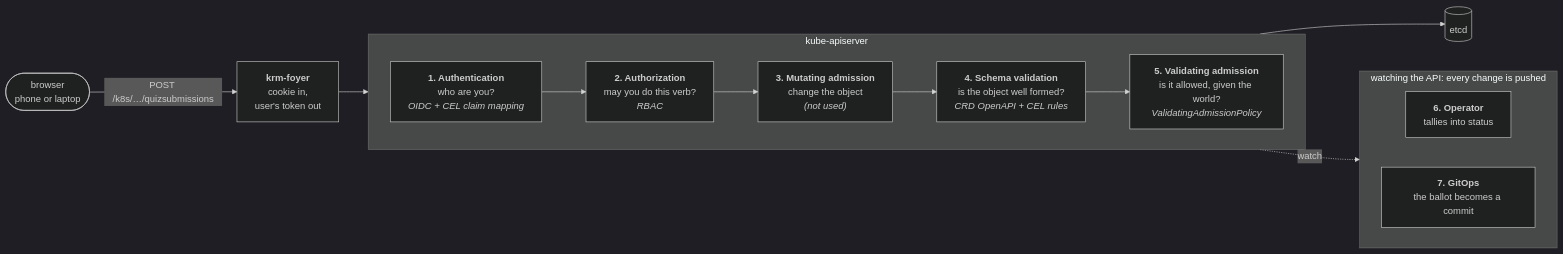
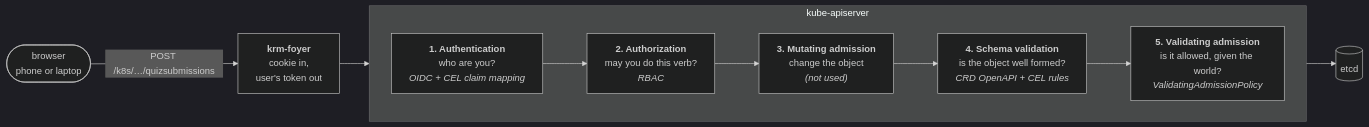
The second of 3 diagrams in docs/kubernetes-as-a-bff.md (sunib/voter), drawn with Mermaid (dark theme) before and after one commit. The commit also changed other lines of this file, not shown here.

First line of the commit message:
docs: krm-foyer in front, and the operator as a control loop of its own

````diff
--- a/docs/kubernetes-as-a-bff.md
+++ b/docs/kubernetes-as-a-bff.md
@@ -195,24 +195,18 @@
 ```mermaid
 flowchart LR
     BR(["browser<br/>phone or laptop"])
     FOY["<b>krm-foyer</b><br/>cookie in,<br/>user's token out"]
     subgraph API["kube-apiserver"]
         direction LR
         AN["<b>1. Authentication</b><br/>who are you?<br/><i>OIDC + CEL claim mapping</i>"]
         AZ["<b>2. Authorization</b><br/>may you do this verb?<br/><i>RBAC</i>"]
         MU["<b>3. Mutating admission</b><br/>change the object<br/><i>(not used)</i>"]
         SV["<b>4. Schema validation</b><br/>is the object well formed?<br/><i>CRD OpenAPI + CEL rules</i>"]
         VA["<b>5. Validating admission</b><br/>is it allowed, given the world?<br/><i>ValidatingAdmissionPolicy</i>"]
         AN --> AZ --> MU --> SV --> VA
     end
     ETCD[("etcd")]
-    subgraph W["watching the API: every change is pushed"]
-        direction LR
-        OP["<b>6. Operator</b><br/>tallies into status"]
-        GIT["<b>7. GitOps</b><br/>the ballot becomes a commit"]
-    end
     BR -- "POST /k8s/…/quizsubmissions" --> FOY
     FOY --> AN
     VA --> ETCD
-    API -. watch .-> W
 ```
````
